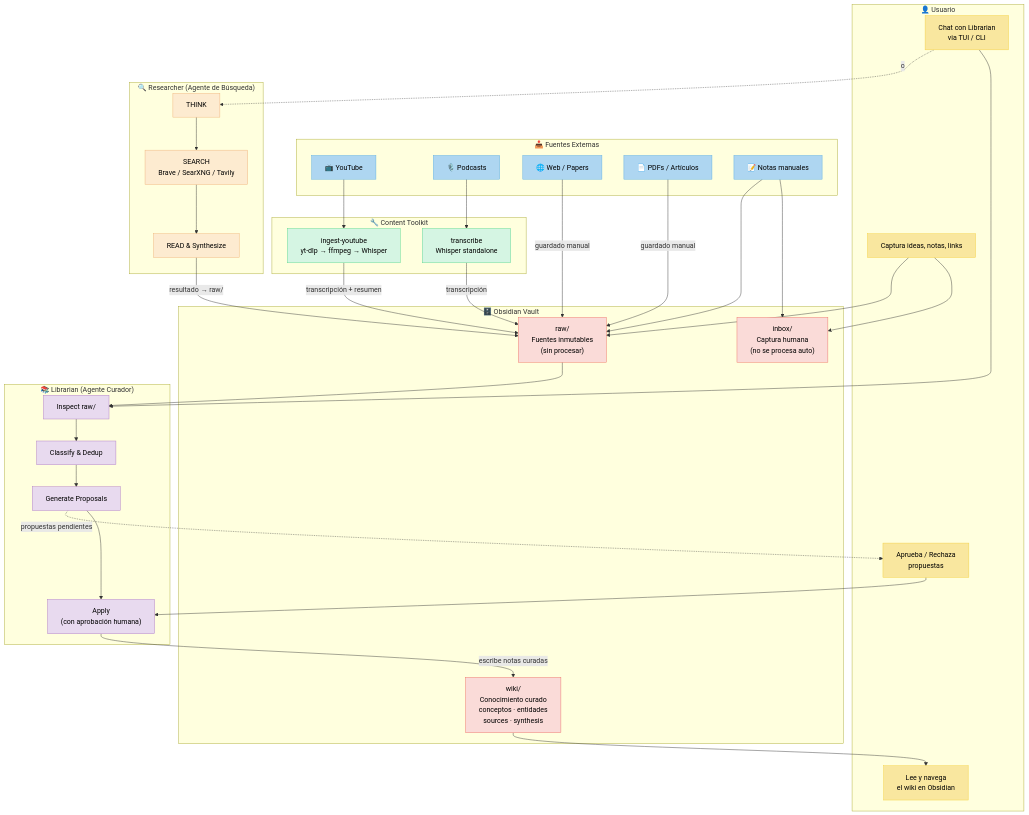
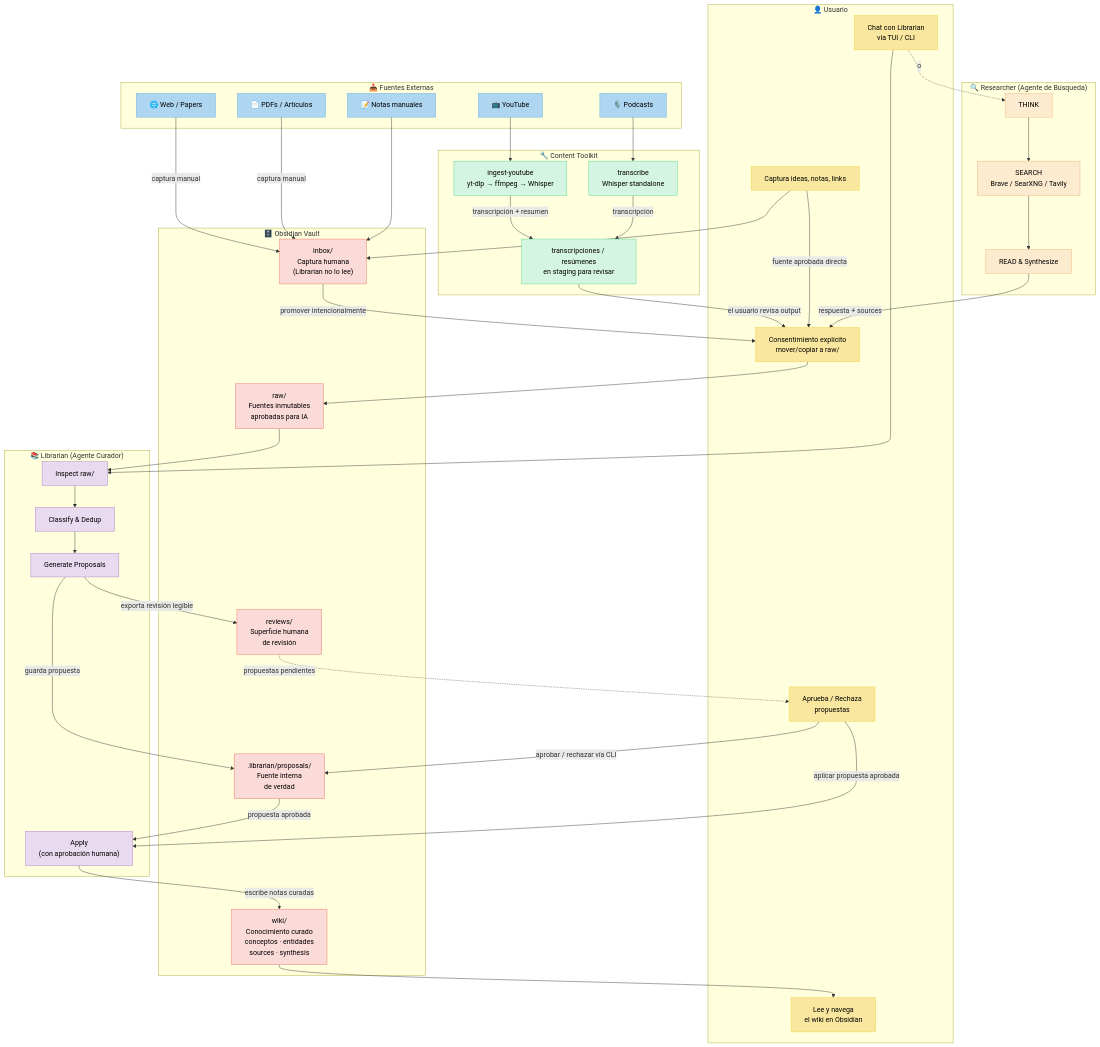
Before and after one commit to developerjeremylive/second-brain-ecosystem-etheroi: the diagram in README.es.md, drawn with Mermaid. The commit also changed 12 other files, not shown here.

````diff
--- a/README.es.md
+++ b/README.es.md
@@ -36,6 +36,7 @@
         U1["Captura ideas, notas, links"]
         U2["Chat con Librarian<br/>via TUI / CLI"]
         U3["Aprueba / Rechaza<br/>propuestas"]
+        U5["Consentimiento explícito<br/>mover/copiar a raw/"]
         U4["Lee y navega<br/>el wiki en Obsidian"]
     end
 
@@ -50,12 +51,15 @@
     subgraph TOOLKIT["🔧 Content Toolkit"]
         INGEST["ingest-youtube<br/>yt-dlp → ffmpeg → Whisper"]
         TRANSCRIBE["transcribe<br/>Whisper standalone"]
+        ARTIFACT["transcripciones / resúmenes<br/>en staging para revisar"]
     end
 
     subgraph VAULT["🗄️ Obsidian Vault"]
-        RAW["raw/<br/>Fuentes inmutables<br/>(sin procesar)"]
+        INBOX["inbox/<br/>Captura humana<br/>(Librarian no lo lee)"]
+        RAW["raw/<br/>Fuentes inmutables<br/>aprobadas para IA"]
         WIKI["wiki/<br/>Conocimiento curado<br/>conceptos · entidades<br/>sources · synthesis"]
-        INBOX["inbox/<br/>Captura humana<br/>(no se procesa auto)"]
+        REVIEWS["reviews/<br/>Superficie humana<br/>de revisión"]
+        PROPOSALS[".librarian/proposals/<br/>Fuente interna<br/>de verdad"]
     end
 
     subgraph LIBRARIAN_AGENT["📚 Librarian (Agente Curador)"]
@@ -63,7 +67,7 @@
         L2["Classify & Dedup"]
         L3["Generate Proposals"]
         L4["Apply<br/>(con aprobación humana)"]
-        L1 --> L2 --> L3 --> L4
+        L1 --> L2 --> L3
     end
 
     subgraph RESEARCHER_AGENT["🔍 Researcher (Agente de Búsqueda)"]
@@ -73,31 +77,37 @@
         R1 --> R2 --> R3
     end
 
-    %% Fuentes → Content Toolkit → raw/
+    %% Fuentes → Content Toolkit → artefactos en staging
     YT --> INGEST
     POD --> TRANSCRIBE
-    INGEST -->|"transcripción + resumen"| RAW
-    TRANSCRIBE -->|"transcripción"| RAW
+    INGEST -->|"transcripción + resumen"| ARTIFACT
+    TRANSCRIBE -->|"transcripción"| ARTIFACT
+    ARTIFACT -->|"el usuario revisa output"| U5
 
-    %% Fuentes manuales → raw/ o inbox/
-    WEB -->|"guardado manual"| RAW
-    PDF -->|"guardado manual"| RAW
+    %% Fuentes manuales → inbox/ o raw/ con consentimiento explícito
+    WEB -->|"captura manual"| INBOX
+    PDF -->|"captura manual"| INBOX
     MANUAL --> INBOX
-    MANUAL --> RAW
     U1 --> INBOX
-    U1 --> RAW
+    U1 -->|"fuente aprobada directa"| U5
+    INBOX -->|"promover intencionalmente"| U5
+    U5 --> RAW
 
-    %% raw/ → Librarian → wiki/
+    %% raw/ → Librarian → propuestas → aprobación → apply → wiki/
     RAW --> L1
+    L3 -->|"guarda propuesta"| PROPOSALS
+    L3 -->|"exporta revisión legible"| REVIEWS
+    REVIEWS -.->|"propuestas pendientes"| U3
+    PROPOSALS -->|"propuesta aprobada"| L4
     L4 -->|"escribe notas curadas"| WIKI
 
     %% Usuario interactúa con Librarian
     U2 --> L1
-    U3 --> L4
-    L3 -.->|"propuestas pendientes"| U3
+    U3 -->|"aprobar / rechazar vía CLI"| PROPOSALS
+    U3 -->|"aplicar propuesta aprobada"| L4
 
-    %% Researcher → puede alimentar raw/
-    R3 -->|"resultado → raw/"| RAW
+    %% Researcher → puede alimentar raw/ solo con consentimiento del usuario
+    R3 -->|"respuesta + sources"| U5
 
     %% Usuario lee wiki
     WIKI --> U4
@@ -113,10 +123,10 @@
     classDef agent fill:#e8daef,stroke:#af7ac5,color:#000
     classDef research fill:#fdebd0,stroke:#f0b27a,color:#000
 
-    class U1,U2,U3,U4 user
+    class U1,U2,U3,U4,U5 user
     class YT,POD,WEB,PDF,MANUAL source
-    class INGEST,TRANSCRIBE toolkit
-    class RAW,WIKI,INBOX vault
+    class INGEST,TRANSCRIBE,ARTIFACT toolkit
+    class RAW,WIKI,INBOX,REVIEWS,PROPOSALS vault
     class L1,L2,L3,L4 agent
     class R1,R2,R3 research
 ```
````
